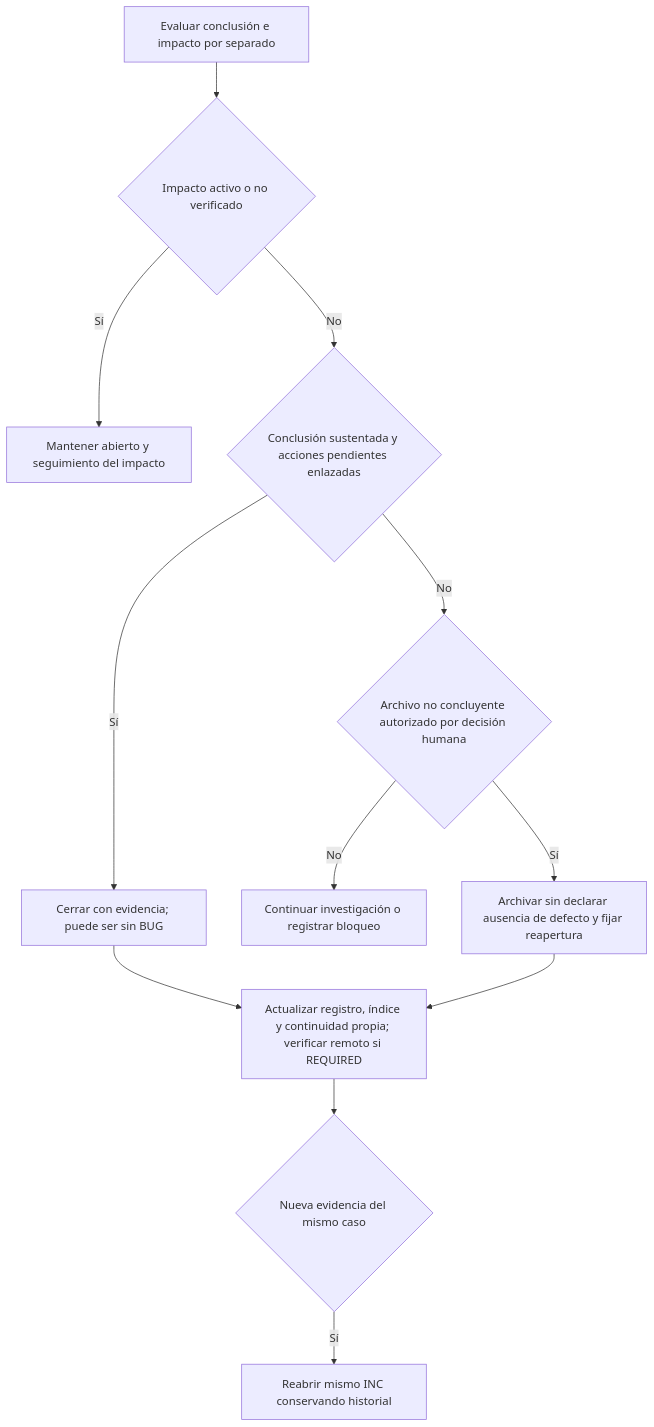
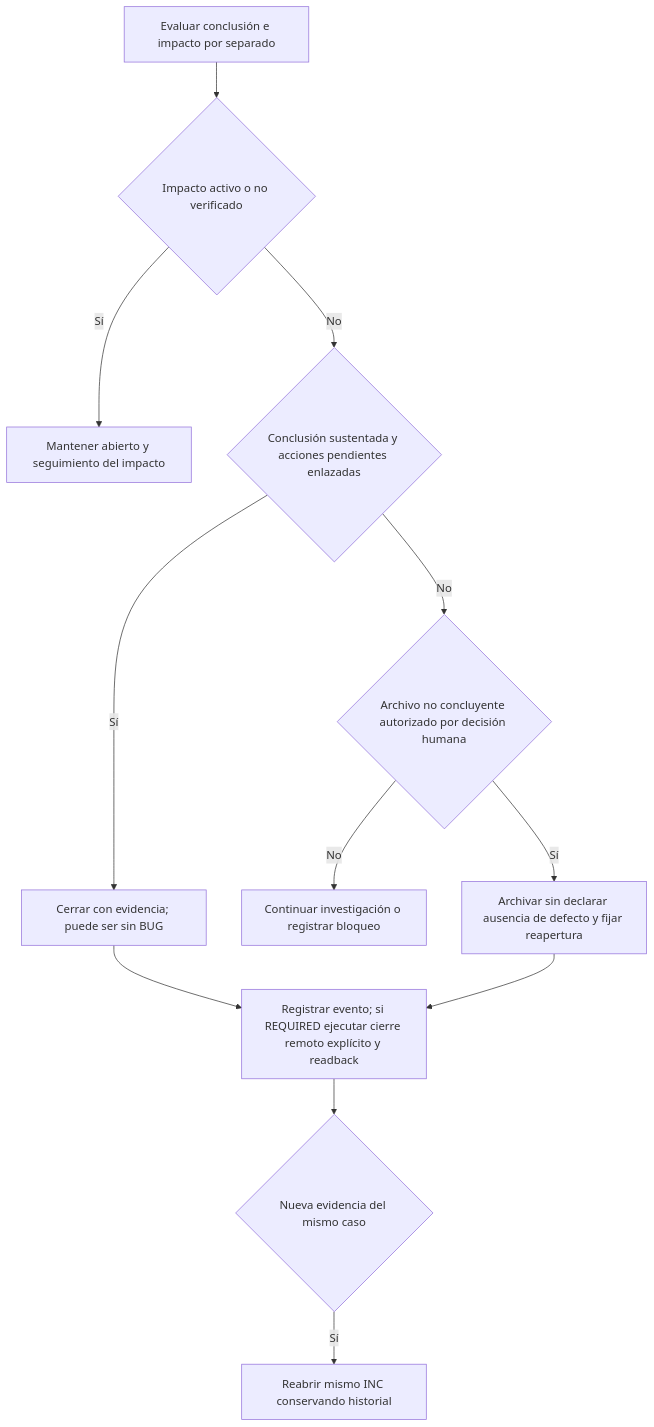
One commit to matgro/faro-suite-skills changed the fifth of 5 diagrams in docs/flujo-faro/04-incidentes.md. Above: the diagram before and after it, drawn with Mermaid. The commit also changed other lines of this file and 73 other files, not shown here.

````diff
--- a/docs/flujo-faro/04-incidentes.md
+++ b/docs/flujo-faro/04-incidentes.md
@@ -168,14 +170,14 @@
 ```mermaid
 flowchart TD
     C0["Evaluar conclusión e impacto por separado"] --> C1{"Impacto activo o no verificado"}
     C1 -->|"Sí"| C2["Mantener abierto y seguimiento del impacto"]
     C1 -->|"No"| C3{"Conclusión sustentada y acciones pendientes enlazadas"}
     C3 -->|"Sí"| C4["Cerrar con evidencia; puede ser sin BUG"]
     C3 -->|"No"| C5{"Archivo no concluyente autorizado por decisión humana"}
     C5 -->|"No"| C6["Continuar investigación o registrar bloqueo"]
     C5 -->|"Sí"| C7["Archivar sin declarar ausencia de defecto y fijar reapertura"]
-    C4 --> C8["Actualizar registro, índice y continuidad propia; verificar remoto si REQUIRED"]
+    C4 --> C8["Registrar evento; si REQUIRED ejecutar cierre remoto explícito y readback"]
     C7 --> C8
     C8 --> C9{"Nueva evidencia del mismo caso"}
     C9 -->|"Sí"| C10["Reabrir mismo INC conservando historial"]
 ```
````
